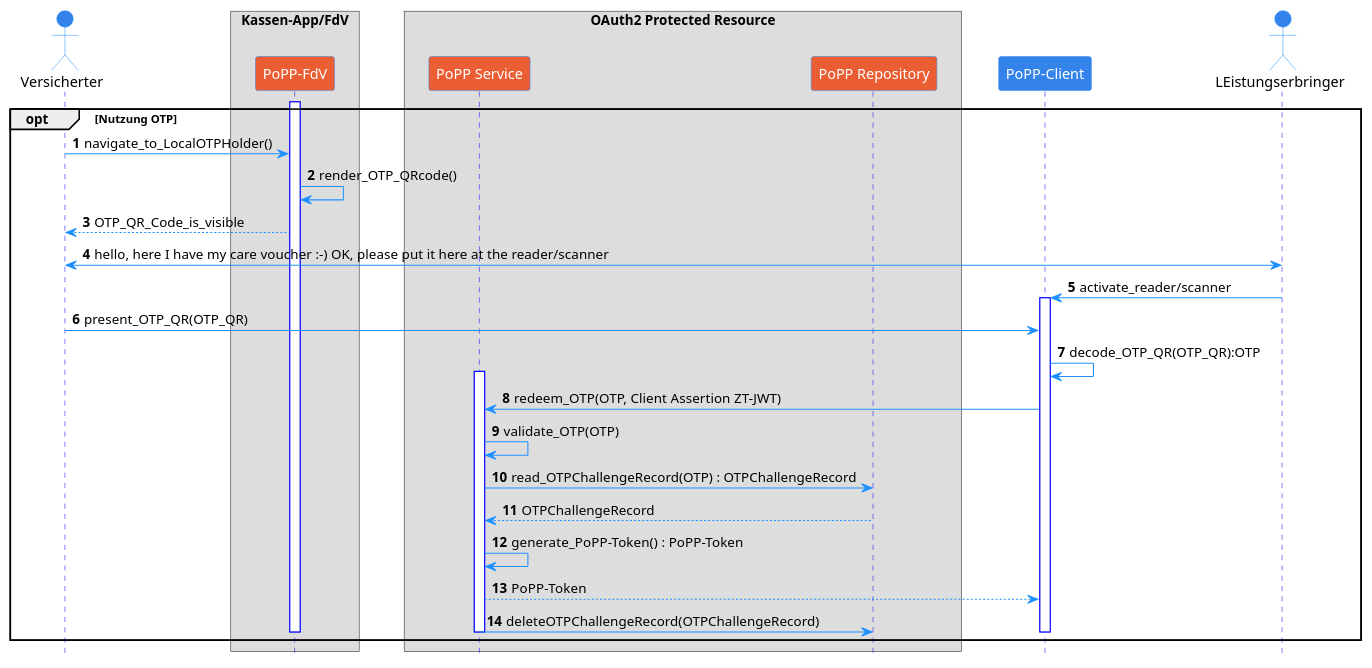
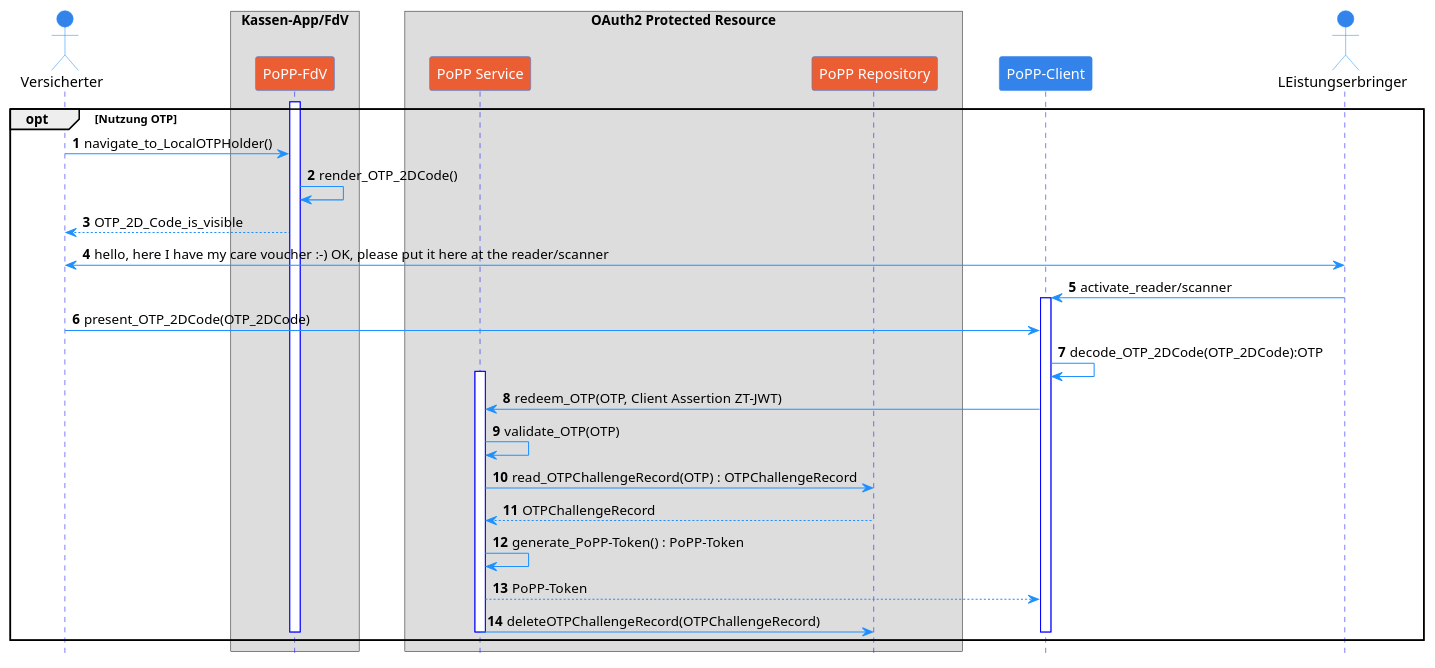
The diagram in src/plantuml/SD_PoPP_Einloesen_OTP.puml (gematik/api-popp), drawn with PlantUML before and after one commit. The commit also changed 6 other files, not shown here.

```diff
--- a/src/plantuml/SD_PoPP_Einloesen_OTP.puml
+++ b/src/plantuml/SD_PoPP_Einloesen_OTP.puml
@@ -1,64 +1,64 @@
 @startuml OTP-Nutzung
 
 skinparam Shadowing false
 skinparam ParticipantPadding 20
 skinparam BoxPadding 10
 
 skinparam sequence {
     ArrowColor DodgerBlue
     ActorBorderColor DodgerBlue
     LifeLineBorderColor Blue
 
     ParticipantBackgroundColor #3483eb
     ParticipantBorderColor #3483eb
     ParticipantFontSize 14
     ParticipantFontColor White
 
     ActorBackgroundColor #3483eb
     ActorFontSize 14
     NoteBackgroundColor #3483eb
 }
 
 hide footbox
 autonumber
 actor "Versicherter" as V
 box "Kassen-App/FdV"
 participant "PoPP-FdV" as poppfdv #eb5e34
 end box
 
 box "OAuth2 Protected Resource"
 participant "PoPP Service" as poppservice #eb5e34
 participant "PoPP Repository" as popprepo #eb5e34
 end box
 
 participant "PoPP-Client" as pc
 actor "LEistungserbringer" as L
 
 ' Use OTP-System
 opt Nutzung OTP
-activate poppfdv
-V -> poppfdv : navigate_to_LocalOTPHolder()
-poppfdv -> poppfdv : render_OTP_QRcode()
-poppfdv --> V : OTP_QR_Code_is_visible
-V <-> L :                                                                      hello, here I have my care voucher :-)  OK, please put it here at the reader/scanner
+    activate poppfdv
+    V -> poppfdv : navigate_to_LocalOTPHolder()
+    poppfdv -> poppfdv : render_OTP_2DCode()
+    poppfdv --> V : OTP_2D_Code_is_visible
+    V <-> L :                                                                      hello, here I have my care voucher :-)  OK, please put it here at the reader/scanner
 
-L -> pc : activate_reader/scanner
-activate pc
-V -> pc : present_OTP_QR(OTP_QR)
-pc -> pc : decode_OTP_QR(OTP_QR):OTP
-activate poppservice
-pc -> poppservice : redeem_OTP(OTP, Client Assertion ZT-JWT) 
-poppservice -> poppservice : validate_OTP(OTP)
-poppservice -> popprepo :  read_OTPChallengeRecord(OTP) : OTPChallengeRecord
-popprepo --> poppservice : OTPChallengeRecord
-poppservice -> poppservice : generate_PoPP-Token() : PoPP-Token
-poppservice --> pc : PoPP-Token
-poppservice -> popprepo : deleteOTPChallengeRecord(OTPChallengeRecord)
-deactivate poppservice
-deactivate popprepo
-deactivate pc
-deactivate poppfdv
-deactivate L
-deactivate V
+    L -> pc : activate_reader/scanner
+    activate pc
+    V -> pc : present_OTP_2DCode(OTP_2DCode)
+    pc -> pc : decode_OTP_2DCode(OTP_2DCode):OTP
+    activate poppservice
+    pc -> poppservice : redeem_OTP(OTP, Client Assertion ZT-JWT)
+    poppservice -> poppservice : validate_OTP(OTP)
+    poppservice -> popprepo :  read_OTPChallengeRecord(OTP) : OTPChallengeRecord
+    popprepo --> poppservice : OTPChallengeRecord
+    poppservice -> poppservice : generate_PoPP-Token() : PoPP-Token
+    poppservice --> pc : PoPP-Token
+    poppservice -> popprepo : deleteOTPChallengeRecord(OTPChallengeRecord)
+    deactivate poppservice
+    deactivate popprepo
+    deactivate pc
+    deactivate poppfdv
+    deactivate L
+    deactivate V
 end
 @enduml
```
